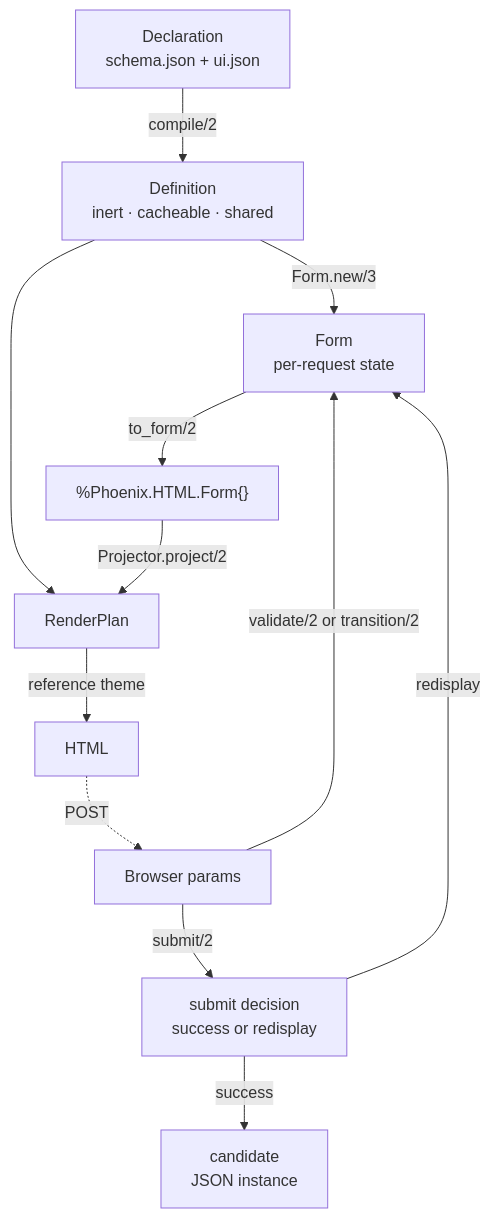
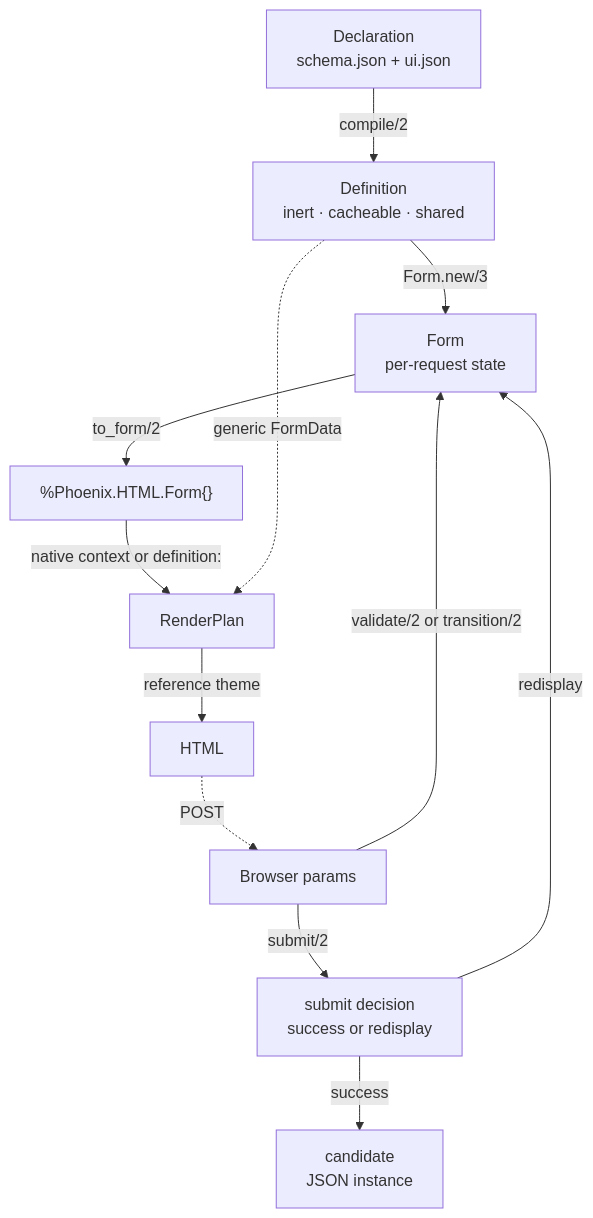
The diagram in docs/Formentation/Techdocs/end-to-end-data-flow.md (kioopi/formentation), drawn with Mermaid before and after one commit. The commit also changed other lines of this file and 35 other files, not shown here.

````diff
--- a/docs/Formentation/Techdocs/end-to-end-data-flow.md
+++ b/docs/Formentation/Techdocs/end-to-end-data-flow.md
@@ -29,26 +29,26 @@
 ```mermaid
 flowchart TD
     Decl["Declaration<br/>schema.json + ui.json"]
     Def["Definition<br/>inert · cacheable · shared"]
     State["Form<br/>per-request state"]
     PForm["%Phoenix.HTML.Form{}"]
     Plan["RenderPlan"]
     HTML["HTML"]
     Params["Browser params"]
     Decision["submit decision<br/>success or redisplay"]
     Cand["candidate<br/>JSON instance"]
 
     Decl -->|"compile/2"| Def
     Def -->|"Form.new/3"| State
     State -->|"to_form/2"| PForm
-    Def --> Plan
-    PForm -->|"Projector.project/2"| Plan
+    PForm -->|"native context or definition:"| Plan
+    Def -.->|"generic FormData"| Plan
     Plan -->|"reference theme"| HTML
     HTML -.->|"POST"| Params
     Params -->|"validate/2 or transition/2"| State
     Params -->|"submit/2"| Decision
     Decision -->|"success"| Cand
     Decision -->|"redisplay"| State
 
     class Def,State,Plan internal-link
 ```
````
